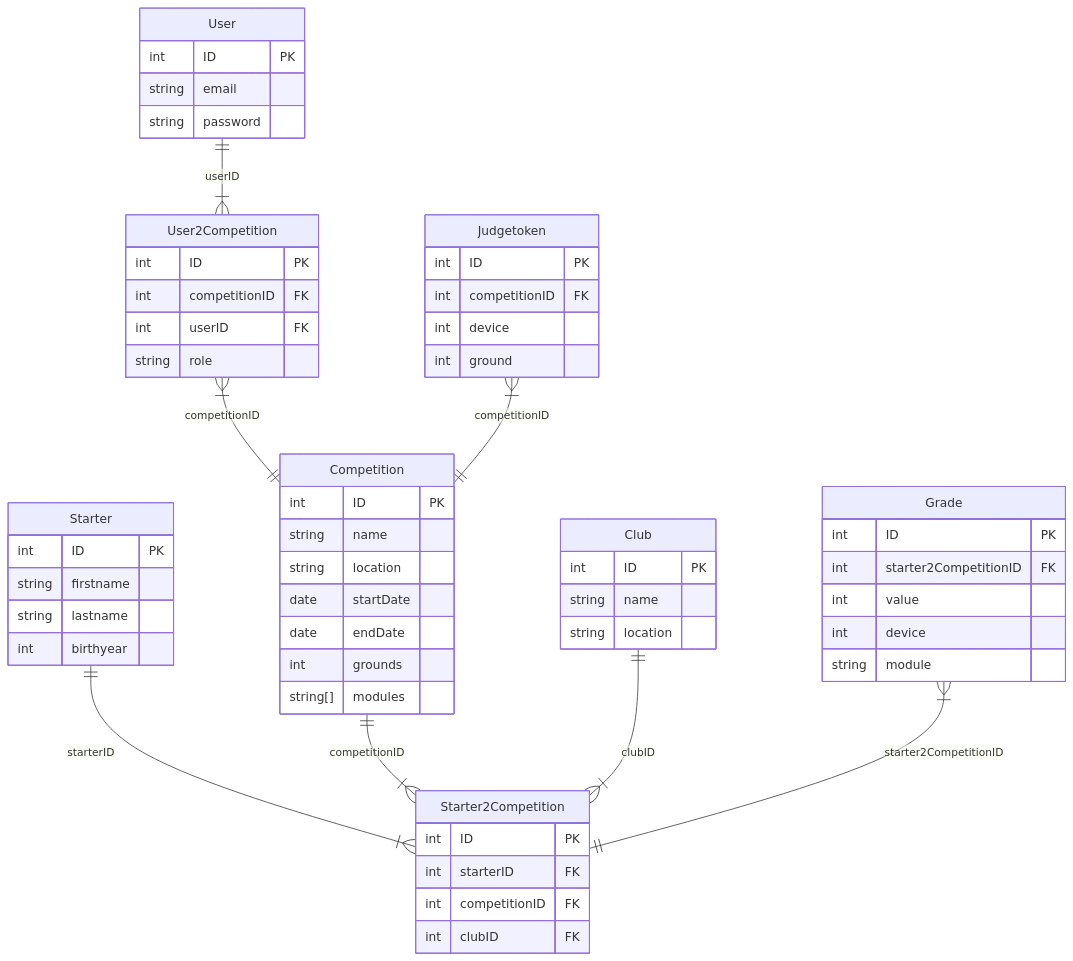
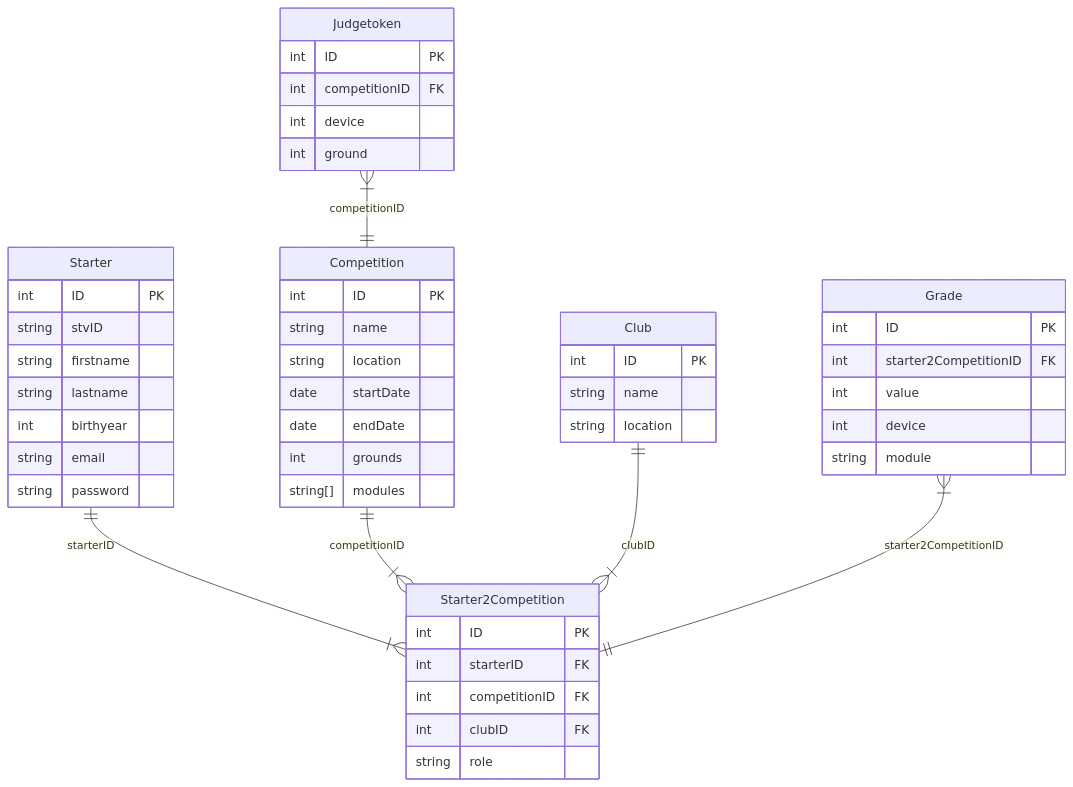
Before and after one commit to mathewmeconry/uteg-v2: the first of 2 diagrams in docs/DatabaseSchema.md, drawn with Mermaid.

Commit message:
docs: removes user and combines it with starter

````diff
--- a/docs/DatabaseSchema.md
+++ b/docs/DatabaseSchema.md
@@ -3,72 +3,59 @@
 ```mermaid
 erDiagram
     Starter {
         int ID PK
+        string stvID
         string firstname
         string lastname
         int birthyear
+        string email
+        string password
     }
 
     Club {
         int ID PK
         string name
         string location
     }
 
     Competition {
         int ID PK
         string name
         string location
         date startDate
         date endDate
         int grounds
         string[] modules
     }
 
     Starter2Competition {
         int ID PK
         int starterID FK
         int competitionID FK
         int clubID FK
+        string role
     }
 
     Starter ||--}| Starter2Competition : starterID
     Competition ||--}| Starter2Competition : competitionID
     Club ||--}| Starter2Competition : clubID
 
     Grade {
         int ID PK
         int starter2CompetitionID FK
         int value
         int device
         string module
     }
 
     Grade |{--|| Starter2Competition: starter2CompetitionID
 
-    User {
-        int ID PK
-        string email
-        string password
-    }
-
-    User2Competition {
-        int ID PK
-        int competitionID FK
-        int userID FK
-        string role
-    }
-
-    User ||--}| User2Competition: userID
-    User2Competition |{--|| Competition: competitionID
-
-
     Judgetoken {
         int ID PK
         int competitionID FK
         int device
         int ground
     }
     
     Judgetoken |{--|| Competition: competitionID
 ```
````
